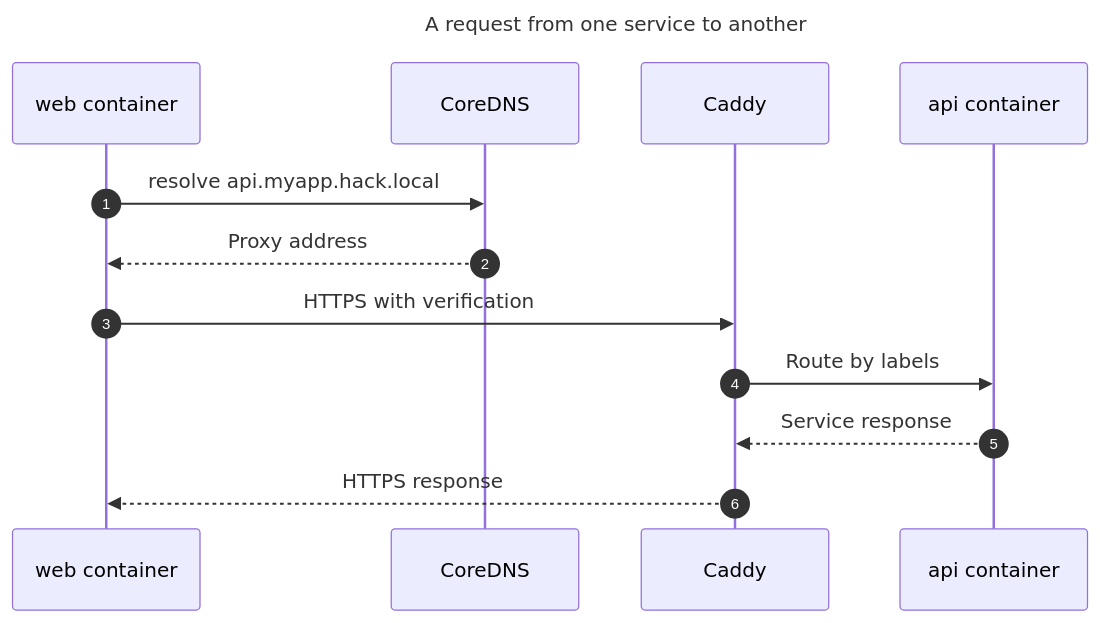
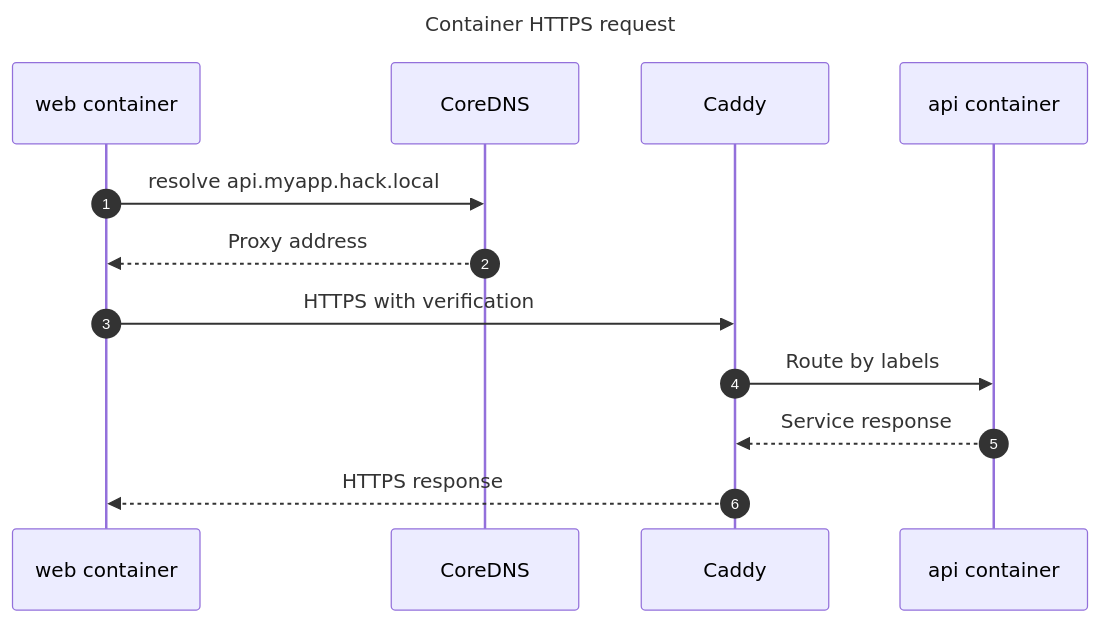
One commit to hack-dance/hack changed the third of 10 diagrams in docs/architecture.md. Above: the diagram before and after it, drawn with Mermaid.

Commit message:
docs: shorten the container request diagram title

````diff
--- a/docs/architecture.md
+++ b/docs/architecture.md
@@ -184,17 +184,17 @@
 ```mermaid
 ---
-title: A request from one service to another
+title: Container HTTPS request
 ---
 sequenceDiagram
   autonumber
   participant Web as web container
   participant DNS as CoreDNS
   participant Caddy
   participant Api as api container
   Web->>DNS: resolve api.myapp.hack.local
   DNS-->>Web: Proxy address
   Web->>Caddy: HTTPS with verification
   Caddy->>Api: Route by labels
   Api-->>Caddy: Service response
   Caddy-->>Web: HTTPS response
 ```
````
